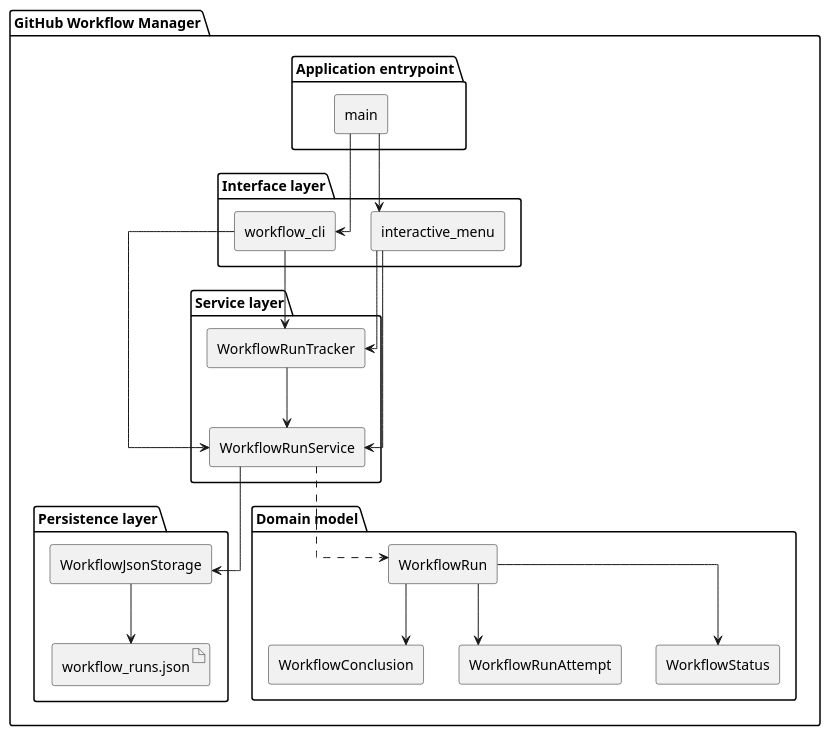
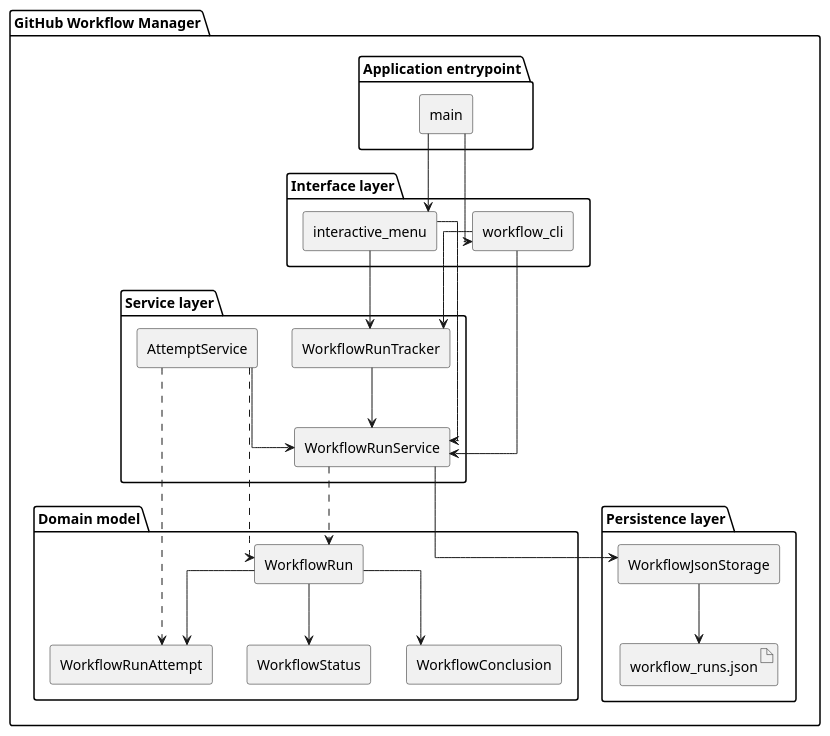
One commit to DanielRiha8906/Software_autoevolution_using_agents changed the diagram in experiments/pipeline/structured_text/github-workflow-manager/artifacts/component_diagram.puml. Above: the diagram before and after it, drawn with PlantUML. The commit also changed 5 other files, not shown here.

```diff
--- a/experiments/pipeline/structured_text/github-workflow-manager/artifacts/component_diagram.puml
+++ b/experiments/pipeline/structured_text/github-workflow-manager/artifacts/component_diagram.puml
@@ -1,54 +1,58 @@
 @startuml component_diagram
 
 skinparam componentStyle rectangle
 skinparam linetype ortho
 top to bottom direction
 
 package "GitHub Workflow Manager" {
 
   package "Application entrypoint" {
     component "main" as MAIN
   }
 
   package "Interface layer" {
     component "workflow_cli" as CLI
     component "interactive_menu" as IM
   }
 
   package "Service layer" {
     component "WorkflowRunTracker" as TRACKER
     component "WorkflowRunService" as SVC
+    component "AttemptService" as ATTEMPT_SVC
   }
 
   package "Persistence layer" {
     component "WorkflowJsonStorage" as STOR
     artifact "workflow_runs.json" as JSON_FILE
   }
 
   package "Domain model" {
     component "WorkflowRun" as RUN
     component "WorkflowRunAttempt" as ATTEMPT
     component "WorkflowStatus" as STATUS
     component "WorkflowConclusion" as CONCLUSION
   }
 }
 
 MAIN --> CLI
 MAIN --> IM
 
 CLI --> TRACKER
 IM --> TRACKER
 
 CLI --> SVC
 IM --> SVC
 
 TRACKER --> SVC
+ATTEMPT_SVC --> SVC
 SVC --> STOR
 STOR --> JSON_FILE
 
 SVC ..> RUN
+ATTEMPT_SVC ..> ATTEMPT
+ATTEMPT_SVC ..> RUN
 RUN --> ATTEMPT
 RUN --> STATUS
 RUN --> CONCLUSION
 
 @enduml
```
